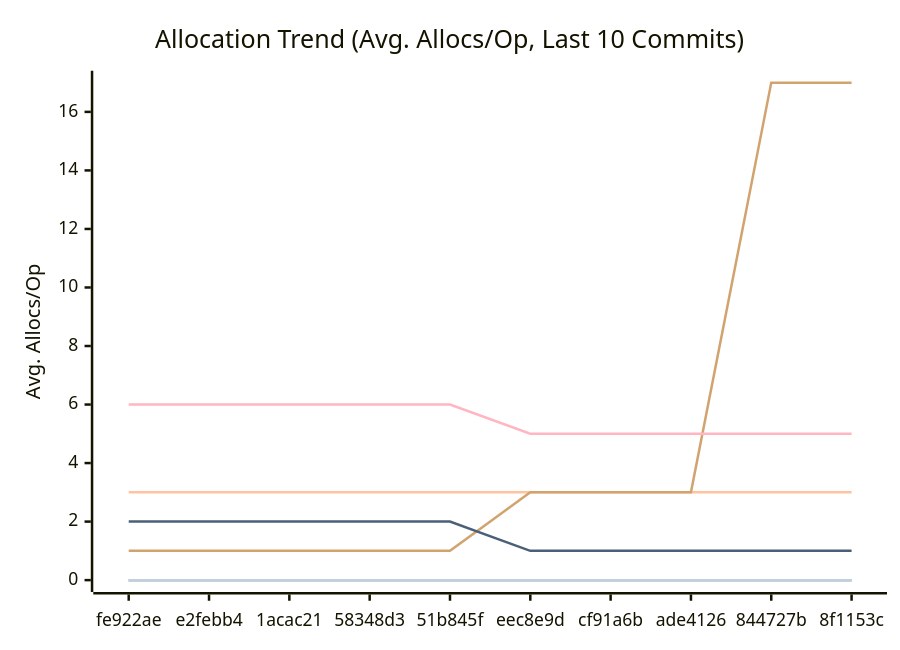
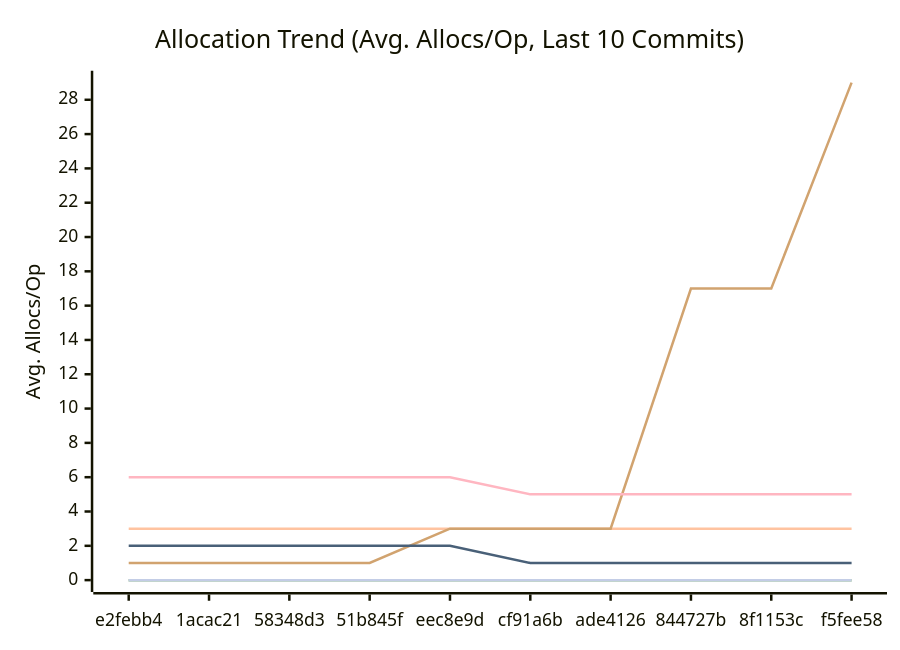
One commit to alsotoes/momo changed the third of 3 diagrams in docs/PERFORMANCE.md. Above: the diagram before and after it, drawn with Mermaid. The commit also changed other lines of this file and 13 other files, not shown here.

````diff
--- a/docs/PERFORMANCE.md
+++ b/docs/PERFORMANCE.md
@@ -114,16 +116,16 @@
 ```mermaid
 xychart-beta
     title "Allocation Trend (Avg. Allocs/Op, Last 10 Commits)"
     x-axis "Commit"
     y-axis "Avg. Allocs/Op"
-    x-axis [fe922ae,e2febb4,1acac21,58348d3,51b845f,eec8e9d,cf91a6b,ade4126,844727b,8f1153c]
+    x-axis [e2febb4,1acac21,58348d3,51b845f,eec8e9d,cf91a6b,ade4126,844727b,8f1153c,f5fee58]
     line "CheckMetricsAndSwap" [0,0,0,0,0,0,0,0,0,0]
     line "CrushOptimized" [0,0,0,0,0,0,0,0,0,0]
     line "CrushOriginal" [3,3,3,3,3,3,3,3,3,3]
     line "IndexDirectTracking" [0,0,0,0,0,0,0,0,0,0]
     line "IndexSearch" [0,0,0,0,0,0,0,0,0,0]
-    line "LoadGlobalConfig" [1,1,1,1,1,3,3,3,17,17]
+    line "LoadGlobalConfig" [1,1,1,1,3,3,3,17,17,29]
     line "PadString" [0,0,0,0,0,0,0,0,0,0]
     line "ParseReplicationOrder_NoPrealloc" [6,6,6,6,6,5,5,5,5,5]
     line "ParseReplicationOrder_Prealloc" [2,2,2,2,2,1,1,1,1,1]
 ```
````
